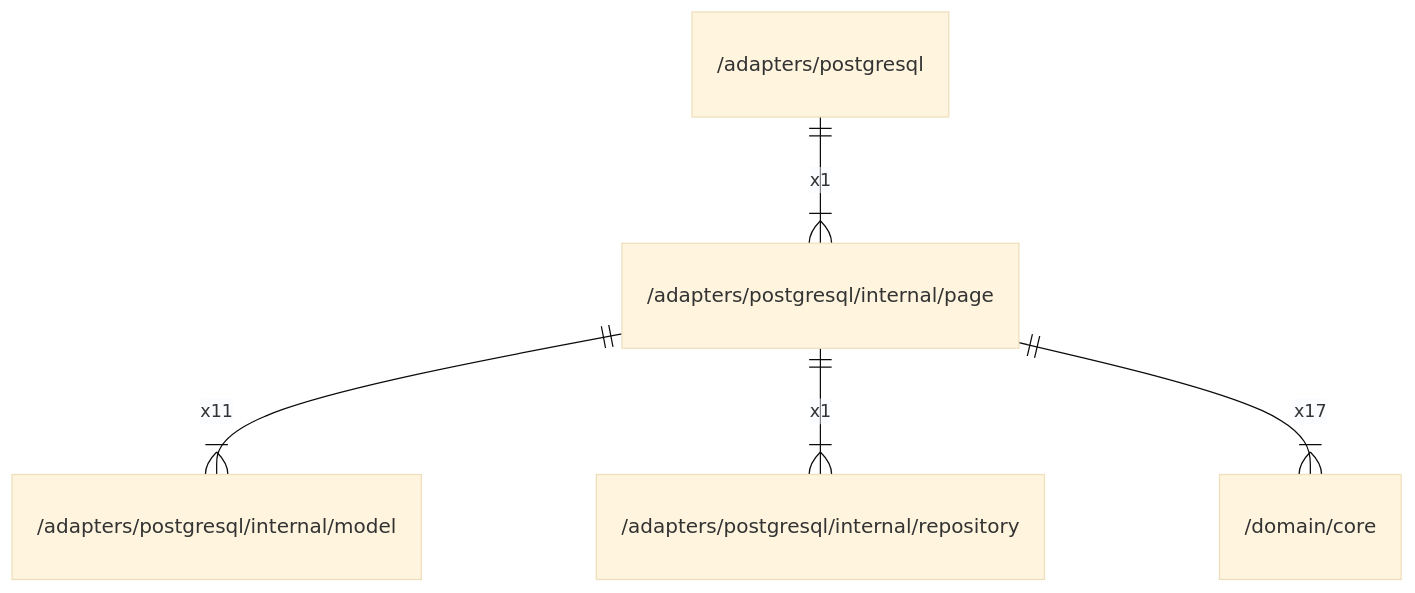
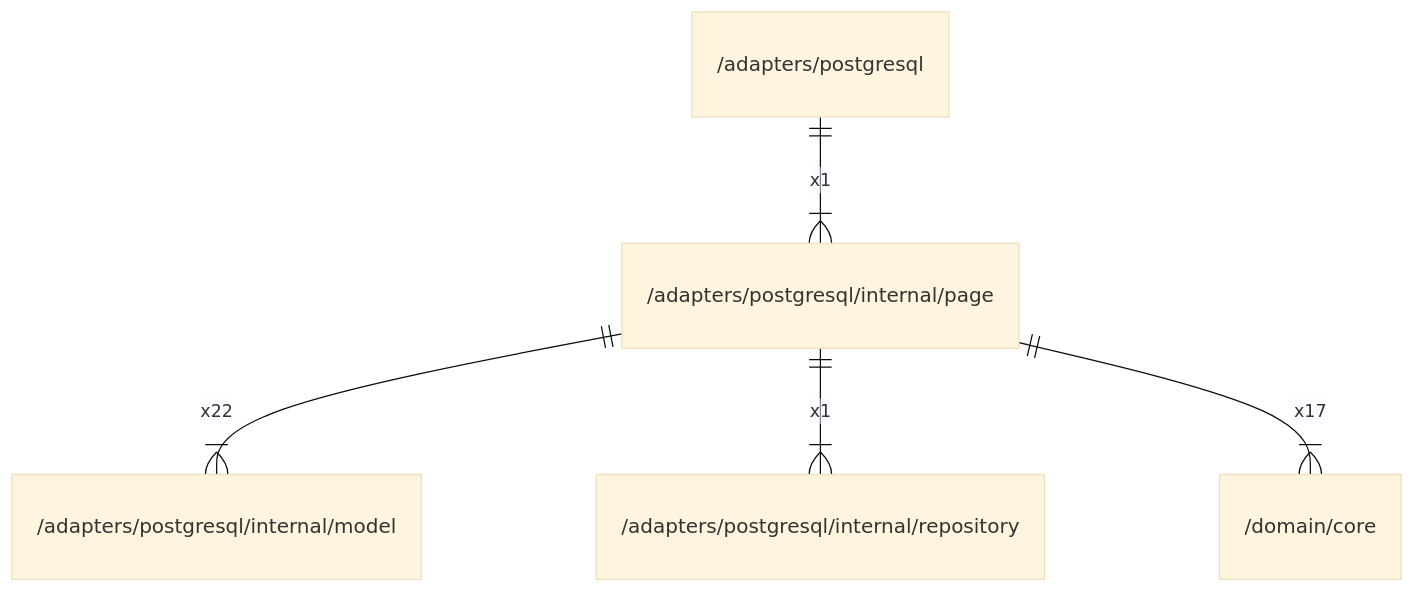
One commit to gbh007/hgraber-next changed the diagram in docs/arch/adapters/postgresql/internal/page.md. Above: the diagram before and after it, drawn with Mermaid (base theme). The commit also changed other lines of this file and 98 other files, not shown here.

````diff
--- a/docs/arch/adapters/postgresql/internal/page.md
+++ b/docs/arch/adapters/postgresql/internal/page.md
@@ -29,7 +41,7 @@
 ```mermaid
 erDiagram
     "/adapters/postgresql" ||--|{ "/adapters/postgresql/internal/page" : x1
-    "/adapters/postgresql/internal/page" ||--|{ "/adapters/postgresql/internal/model" : x11
+    "/adapters/postgresql/internal/page" ||--|{ "/adapters/postgresql/internal/model" : x22
     "/adapters/postgresql/internal/page" ||--|{ "/adapters/postgresql/internal/repository" : x1
     "/adapters/postgresql/internal/page" ||--|{ "/domain/core" : x17
 ```
````
